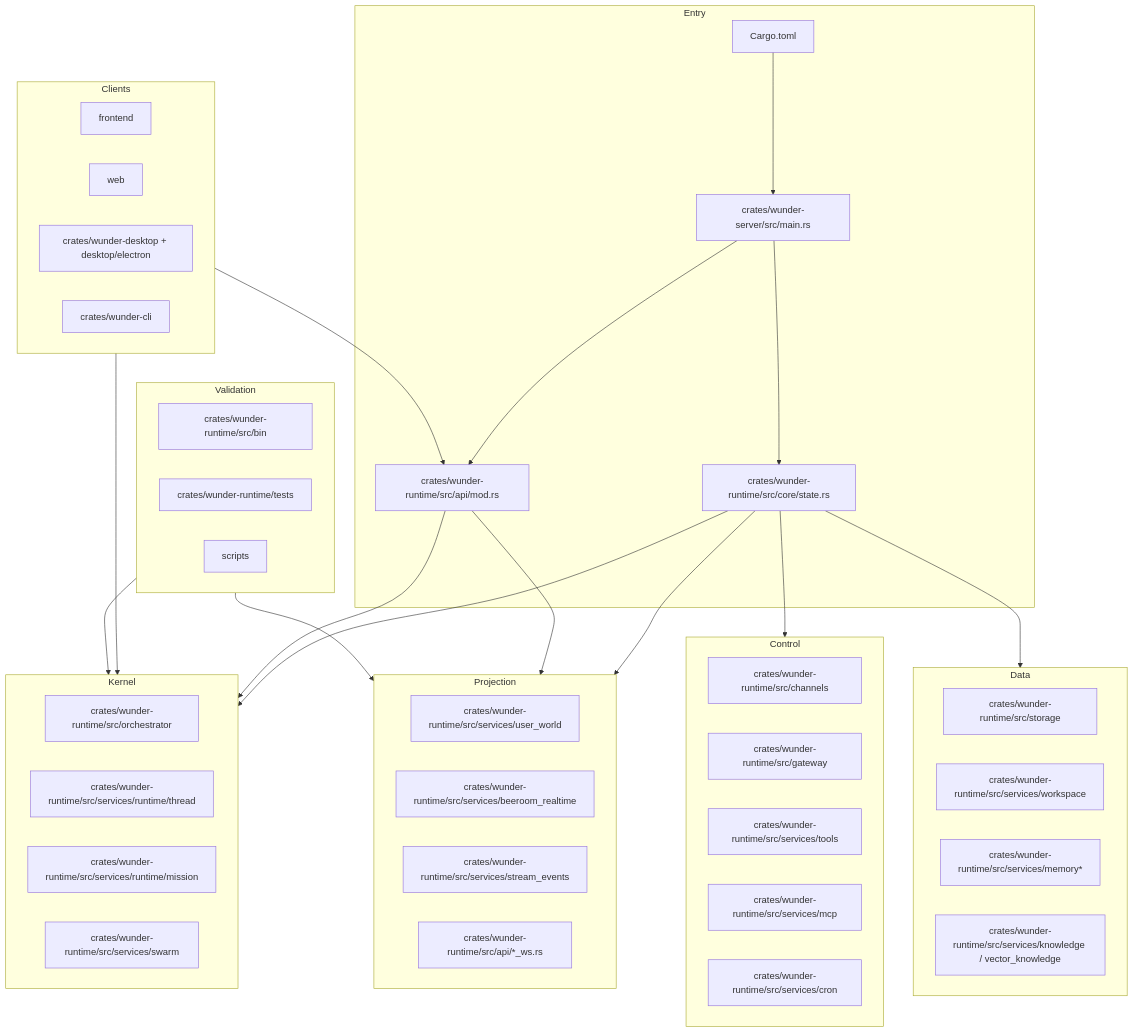
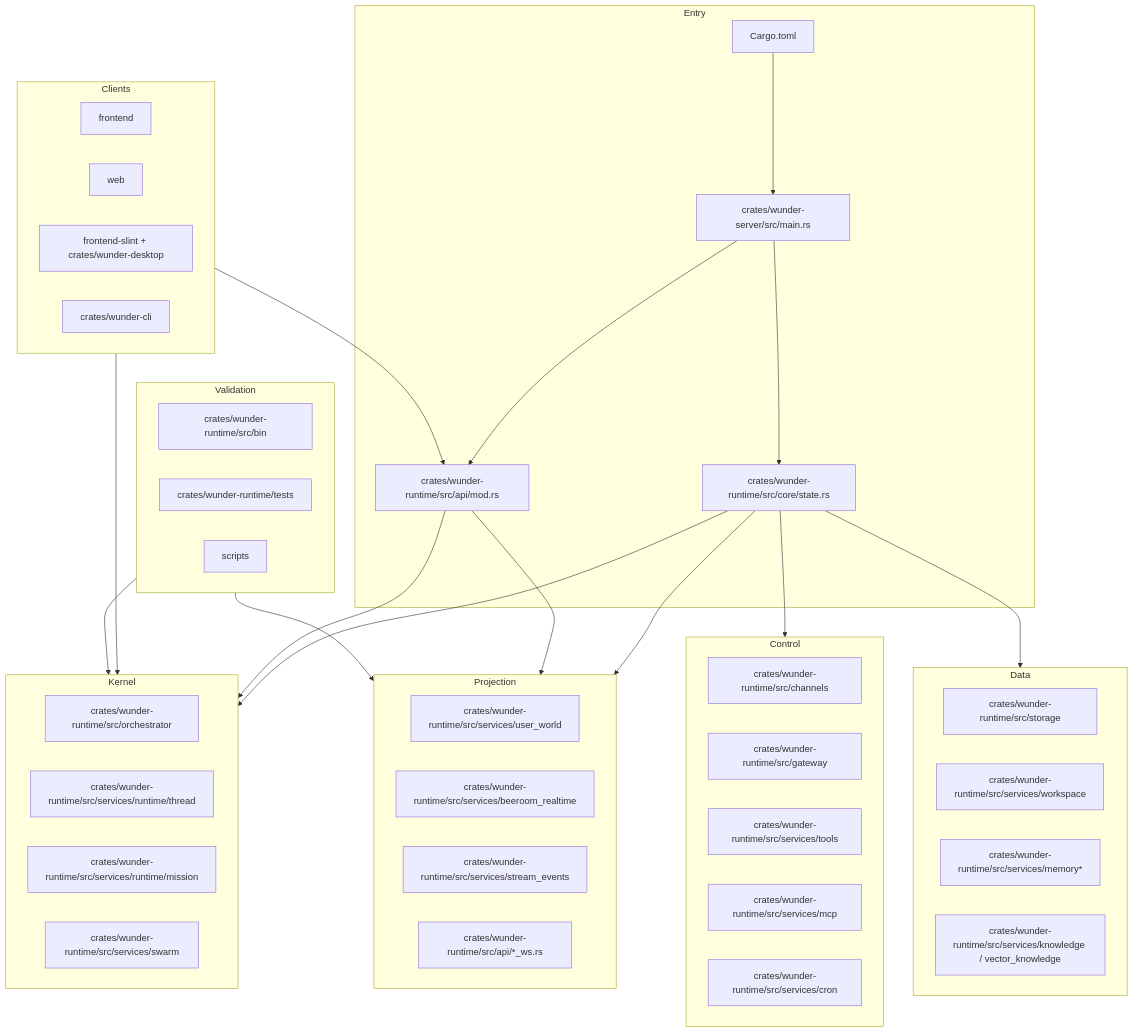
One commit to ylsdamxssjxxdd/wunder changed the second of 3 diagrams in docs/设计文档/01-系统总体设计.md. Above: the diagram before and after it, drawn with Mermaid. The commit also changed other lines of this file and 93 other files, not shown here.

````diff
--- a/docs/设计文档/01-系统总体设计.md
+++ b/docs/设计文档/01-系统总体设计.md
@@ -173,65 +173,65 @@
 ```mermaid
 flowchart TB
   subgraph Entry["Entry"]
     Cargo["Cargo.toml"]
     Main["crates/wunder-server/src/main.rs"]
     State["crates/wunder-runtime/src/core/state.rs"]
     Api["crates/wunder-runtime/src/api/mod.rs"]
   end
 
   subgraph Kernel["Kernel"]
     Orch["crates/wunder-runtime/src/orchestrator"]
     ThreadRt["crates/wunder-runtime/src/services/runtime/thread"]
     MissionRt["crates/wunder-runtime/src/services/runtime/mission"]
     Swarm["crates/wunder-runtime/src/services/swarm"]
   end
 
   subgraph Projection["Projection"]
     UserWorld["crates/wunder-runtime/src/services/user_world"]
     Beeroom["crates/wunder-runtime/src/services/beeroom_realtime"]
     Events["crates/wunder-runtime/src/services/stream_events"]
     WsApi["crates/wunder-runtime/src/api/*_ws.rs"]
   end
 
   subgraph Control["Control"]
     Channels["crates/wunder-runtime/src/channels"]
     Gateway["crates/wunder-runtime/src/gateway"]
     Tools["crates/wunder-runtime/src/services/tools"]
     Mcp["crates/wunder-runtime/src/services/mcp"]
     Cron["crates/wunder-runtime/src/services/cron"]
   end
 
   subgraph Data["Data"]
     Storage["crates/wunder-runtime/src/storage"]
     Workspace["crates/wunder-runtime/src/services/workspace"]
     Memory["crates/wunder-runtime/src/services/memory*"]
     Knowledge["crates/wunder-runtime/src/services/knowledge / vector_knowledge"]
   end
 
   subgraph Clients["Clients"]
     Frontend["frontend"]
     Web["web"]
-    Desktop["crates/wunder-desktop + desktop/electron"]
+    Desktop["frontend-slint + crates/wunder-desktop"]
     Cli["crates/wunder-cli"]
   end
 
   subgraph Validation["Validation"]
     Bin["crates/wunder-runtime/src/bin"]
     Tests["crates/wunder-runtime/tests"]
     Scripts["scripts"]
   end
 
   Cargo --> Main
   Main --> State
   Main --> Api
   State --> Kernel
   State --> Projection
   State --> Control
   State --> Data
   Api --> Kernel
   Api --> Projection
   Clients --> Api
   Clients --> Kernel
   Validation --> Kernel
   Validation --> Projection
 ```
````
